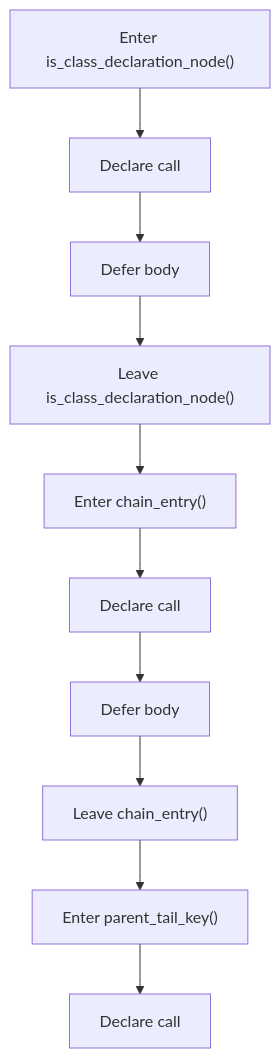
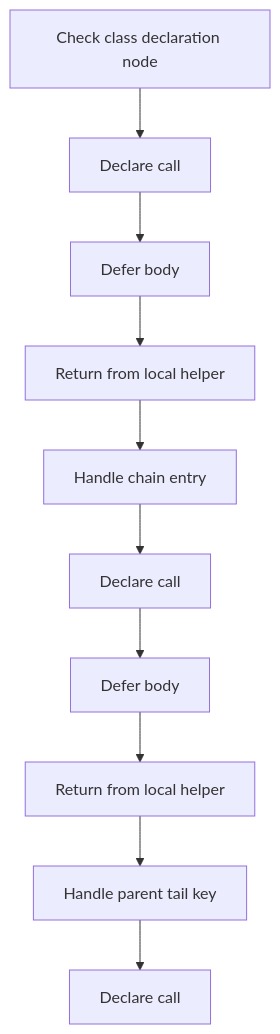
One commit to JohnAndrewBalbarosa/NeoTerritory changed the fourth of 8 diagrams in docs/Codebase/Microservice/Modules/Header/SyntacticBrokenAST/HashingMechanism/HashLinks/Internal/Flow/parse_tree_hash_links_internal_program_flow.hpp.md. Above: the diagram before and after it, drawn with Mermaid. The commit also changed other lines of this file and 915 other files, not shown here.

````diff
--- a/docs/Codebase/Microservice/Modules/Header/SyntacticBrokenAST/HashingMechanism/HashLinks/Internal/Flow/parse_tree_hash_links_internal_program_flow.hpp.md
+++ b/docs/Codebase/Microservice/Modules/Header/SyntacticBrokenAST/HashingMechanism/HashLinks/Internal/Flow/parse_tree_hash_links_internal_program_flow.hpp.md
@@ -93,22 +93,22 @@
 ```mermaid
 flowchart TD
-    N0["Enter is_class_declaration_node()"]
+    N0["Check class declaration node"]
     N1["Declare call"]
     N2["Defer body"]
-    N3["Leave is_class_declaration_node()"]
-    N4["Enter chain_entry()"]
+    N3["Return from local helper"]
+    N4["Handle chain entry"]
     N5["Declare call"]
     N6["Defer body"]
-    N7["Leave chain_entry()"]
-    N8["Enter parent_tail_key()"]
+    N7["Return from local helper"]
+    N8["Handle parent tail key"]
     N9["Declare call"]
     N0 --> N1
     N1 --> N2
     N2 --> N3
     N3 --> N4
     N4 --> N5
     N5 --> N6
     N6 --> N7
     N7 --> N8
     N8 --> N9
 ```
````
